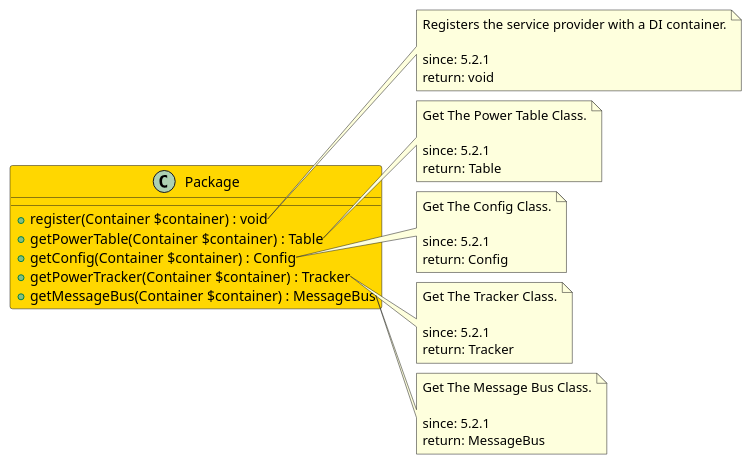
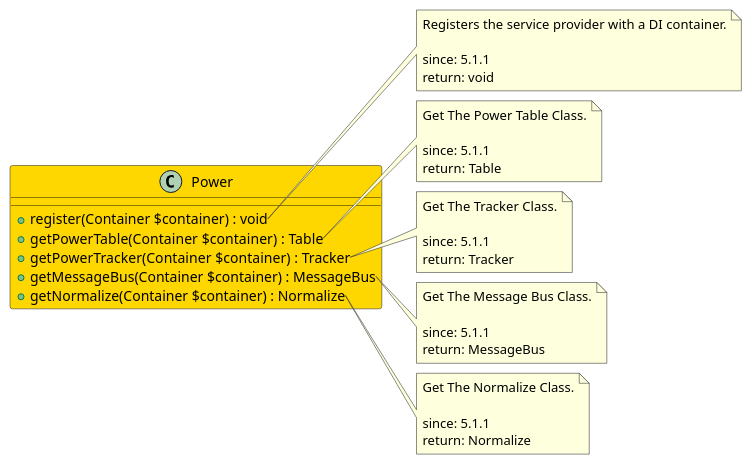
The diagram in src/cefe8a98-82f7-4dda-8382-d811d611e2ad/README.md (joomengine/jcb-packager), drawn with PlantUML before and after one commit. The commit also changed other lines of this file and 498 other files, not shown here.

````diff
--- a/src/cefe8a98-82f7-4dda-8382-d811d611e2ad/README.md
+++ b/src/cefe8a98-82f7-4dda-8382-d811d611e2ad/README.md
@@ -12,47 +5,48 @@
 ```uml
 @startuml
-class Package  #Gold {
+
+class Power  #Gold {
   + register(Container $container) : void
   + getPowerTable(Container $container) : Table
-  + getConfig(Container $container) : Config
   + getPowerTracker(Container $container) : Tracker
   + getMessageBus(Container $container) : MessageBus
+  + getNormalize(Container $container) : Normalize
 }
 
-note right of Package::register
+note right of Power::register
   Registers the service provider with a DI container.
 
-  since: 5.2.1
+  since: 5.1.1
   return: void
 end note
 
-note right of Package::getPowerTable
+note right of Power::getPowerTable
   Get The Power Table Class.
 
-  since: 5.2.1
+  since: 5.1.1
   return: Table
 end note
 
-note right of Package::getConfig
-  Get The Config Class.
-
-  since: 5.2.1
-  return: Config
-end note
-
-note right of Package::getPowerTracker
+note right of Power::getPowerTracker
   Get The Tracker Class.
 
-  since: 5.2.1
+  since: 5.1.1
   return: Tracker
 end note
 
-note right of Package::getMessageBus
+note right of Power::getMessageBus
   Get The Message Bus Class.
 
-  since: 5.2.1
+  since: 5.1.1
   return: MessageBus
 end note
- 
+
+note right of Power::getNormalize
+  Get The Normalize Class.
+
+  since: 5.1.1
+  return: Normalize
+end note
+
 @enduml
 ```
````
